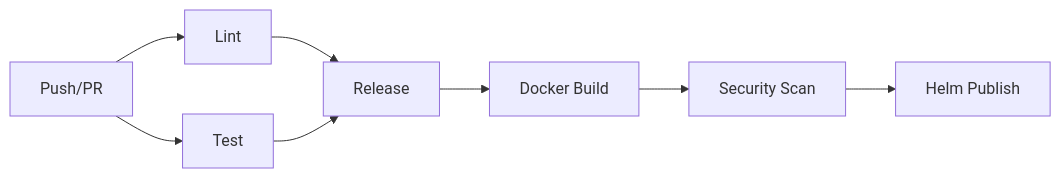
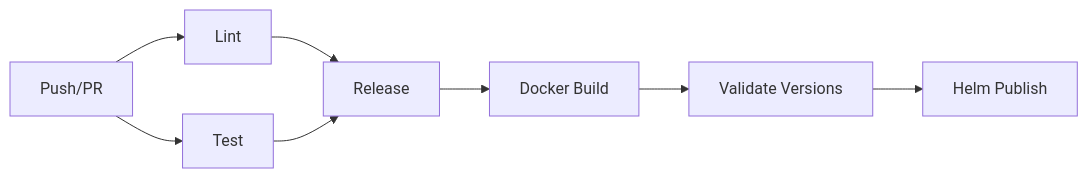
Before and after one commit to jacaudi/nextdns-operator: the diagram in .github/WORKFLOWS.md, drawn with Mermaid. The commit also changed other lines of this file, not shown here.

````diff
--- a/.github/WORKFLOWS.md
+++ b/.github/WORKFLOWS.md
@@ -165,10 +164,10 @@
 ```mermaid
 graph LR
     A[Push/PR] --> B[Lint]
     A --> C[Test]
     B --> D[Release]
     C --> D
     D --> E[Docker Build]
-    E --> F[Security Scan]
+    E --> F[Validate Versions]
     F --> G[Helm Publish]
 ```
````
